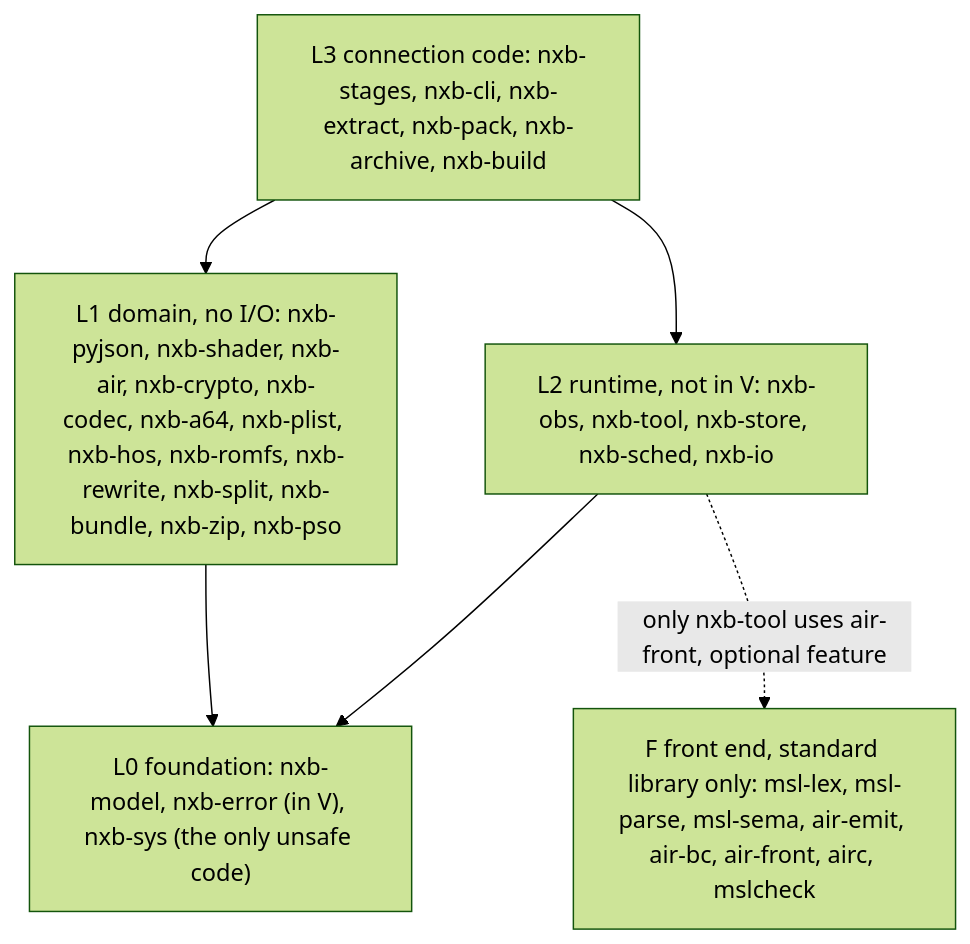
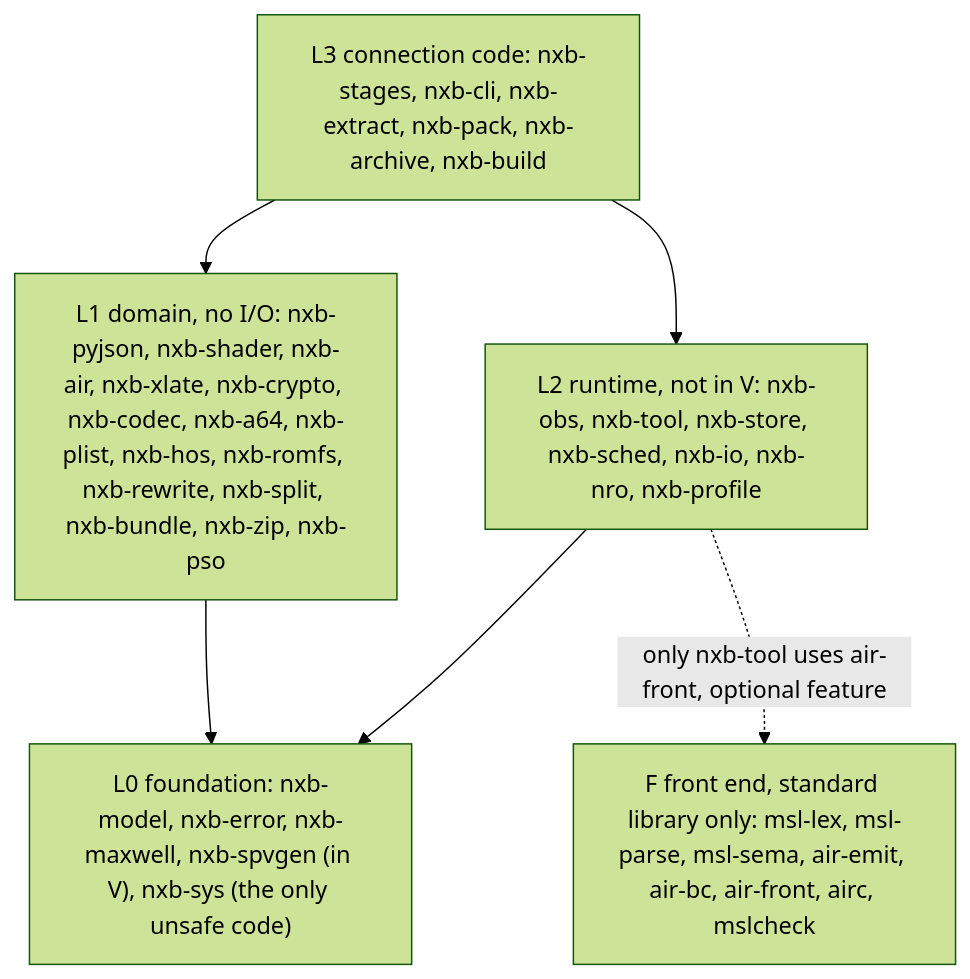
Before and after one commit to ComicBit/nxkit: the first of 2 diagrams in docs/architecture.md, drawn with Mermaid (forest theme). The commit also changed other lines of this file and 882 other files, not shown here.

Commit message:
Release 0.4.0: rewrite and NRO in Rust, Rust translator, more readers, iOS flows, raw tier on by default

````diff
--- a/docs/architecture.md
+++ b/docs/architecture.md
@@ -20,11 +20,11 @@
 ```mermaid
 flowchart TD
   L3["L3 connection code: nxb-stages, nxb-cli, nxb-extract, nxb-pack, nxb-archive, nxb-build"]
-  L2["L2 runtime, not in V: nxb-obs, nxb-tool, nxb-store, nxb-sched, nxb-io"]
-  L1["L1 domain, no I/O: nxb-pyjson, nxb-shader, nxb-air, nxb-crypto, nxb-codec, nxb-a64, nxb-plist, nxb-hos, nxb-romfs, nxb-rewrite, nxb-split, nxb-bundle, nxb-zip, nxb-pso"]
-  L0["L0 foundation: nxb-model, nxb-error (in V), nxb-sys (the only unsafe code)"]
+  L2["L2 runtime, not in V: nxb-obs, nxb-tool, nxb-store, nxb-sched, nxb-io, nxb-nro, nxb-profile"]
+  L1["L1 domain, no I/O: nxb-pyjson, nxb-shader, nxb-air, nxb-xlate, nxb-crypto, nxb-codec, nxb-a64, nxb-plist, nxb-hos, nxb-romfs, nxb-rewrite, nxb-split, nxb-bundle, nxb-zip, nxb-pso"]
+  L0["L0 foundation: nxb-model, nxb-error, nxb-maxwell, nxb-spvgen (in V), nxb-sys (the only unsafe code)"]
   LF["F front end, standard library only: msl-lex, msl-parse, msl-sema, air-emit, air-bc, air-front, airc, mslcheck"]
   L3 --> L2 --> L0
   L3 --> L1 --> L0
   L2 -.->|only nxb-tool uses air-front, optional feature| LF
 ```
````
